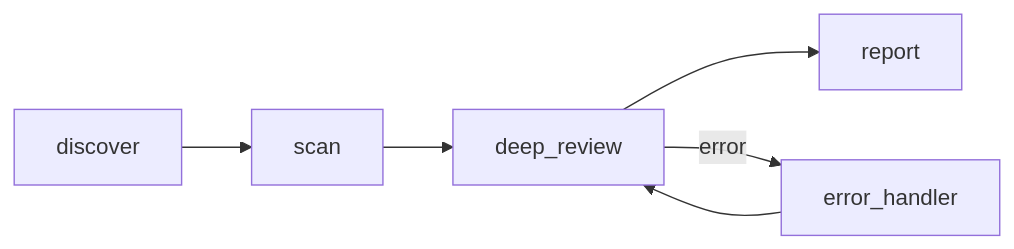
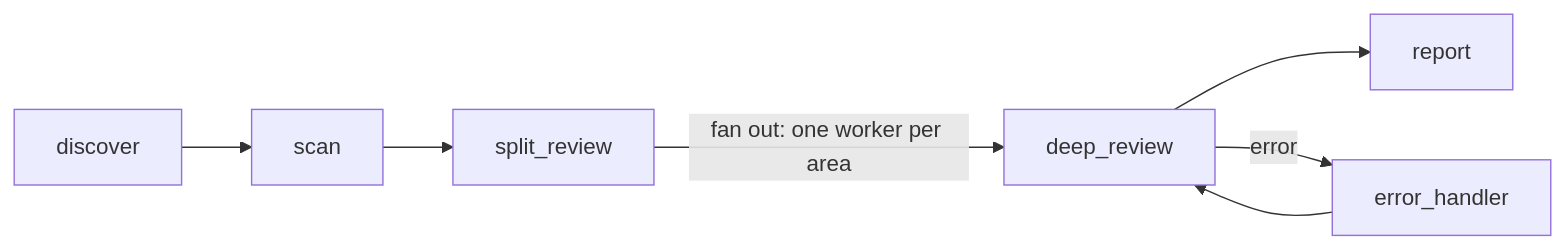
One commit to GEMISIS/leviath changed the second of 7 diagrams in docs/content/agent-catalog.md. Above: the diagram before and after it, drawn with Mermaid. The commit also changed other lines of this file and 52 other files, not shown here.

First line of the commit message:
feat(agents): fan out the research, review, and log agents

````diff
--- a/docs/content/agent-catalog.md
+++ b/docs/content/agent-catalog.md
@@ -101,8 +80,9 @@
 ```mermaid
 flowchart LR
     discover --> scan
-    scan --> deep_review
+    scan --> split_review
+    split_review -->|"fan out: one worker per area"| deep_review
     deep_review --> report
     deep_review -->|error| error_handler
     error_handler --> deep_review
 ```
````
